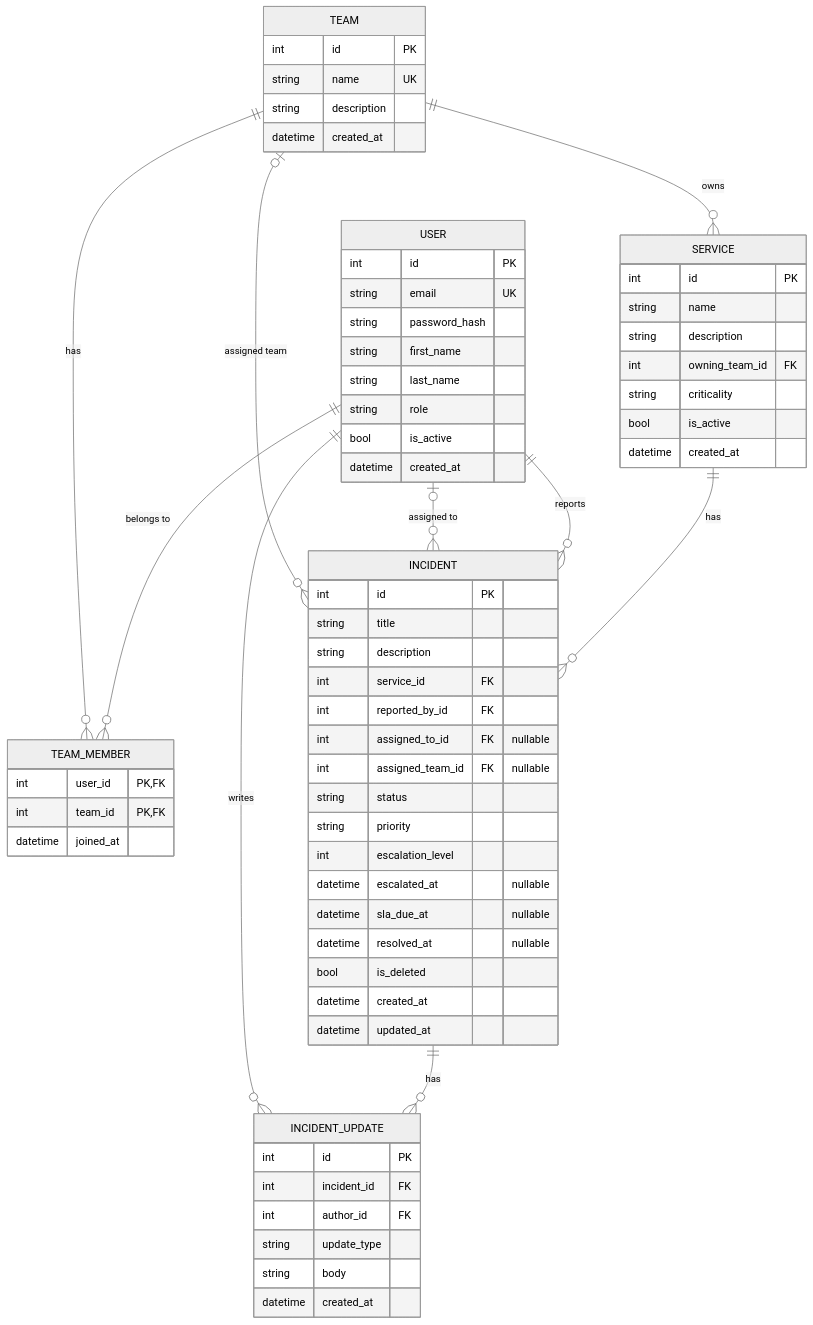
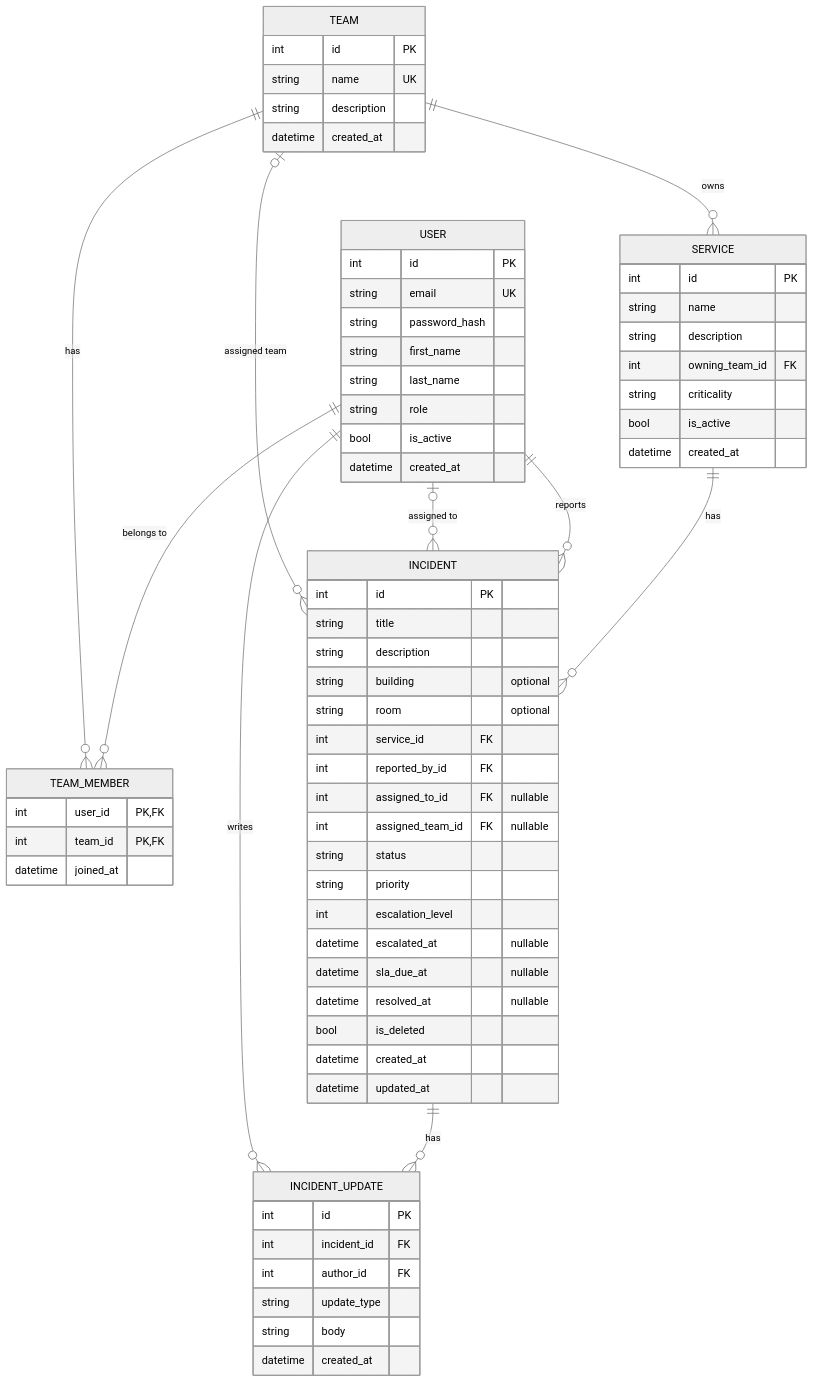
Before and after one commit to ZiedRbd/COSC-3339-Fall-2026-Term-Project: the diagram in docs/ER-DIAGRAM.md, drawn with Mermaid (neutral theme). The commit also changed 1 other file, not shown here.

Commit message:
Add building and room to ER diagram

````diff
--- a/docs/ER-DIAGRAM.md
+++ b/docs/ER-DIAGRAM.md
@@ -3,74 +3,76 @@
 ```mermaid
 erDiagram
     USER ||--o{ TEAM_MEMBER : "belongs to"
     TEAM ||--o{ TEAM_MEMBER : "has"
     TEAM ||--o{ SERVICE : "owns"
     SERVICE ||--o{ INCIDENT : "has"
     USER ||--o{ INCIDENT : "reports"
     USER o|--o{ INCIDENT : "assigned to"
     TEAM o|--o{ INCIDENT : "assigned team"
     INCIDENT ||--o{ INCIDENT_UPDATE : "has"
     USER ||--o{ INCIDENT_UPDATE : "writes"
 
     USER {
         int id PK
         string email UK
         string password_hash
         string first_name
         string last_name
         string role
         bool is_active
         datetime created_at
     }
 
     TEAM {
         int id PK
         string name UK
         string description
         datetime created_at
     }
 
     TEAM_MEMBER {
         int user_id PK,FK
         int team_id PK,FK
         datetime joined_at
     }
 
     SERVICE {
         int id PK
         string name
         string description
         int owning_team_id FK
         string criticality
         bool is_active
         datetime created_at
     }
 
     INCIDENT {
         int id PK
         string title
         string description
+        string building "optional"
+        string room "optional"
         int service_id FK
         int reported_by_id FK
         int assigned_to_id FK "nullable"
         int assigned_team_id FK "nullable"
         string status
         string priority
         int escalation_level
         datetime escalated_at "nullable"
         datetime sla_due_at "nullable"
         datetime resolved_at "nullable"
         bool is_deleted
         datetime created_at
         datetime updated_at
     }
 
     INCIDENT_UPDATE {
         int id PK
         int incident_id FK
         int author_id FK
         string update_type
         string body
         datetime created_at
     }
 ```
````
